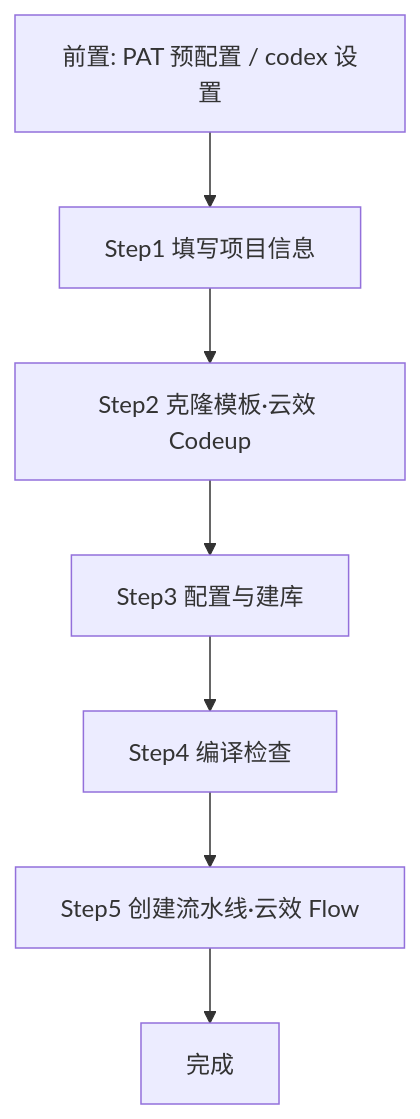
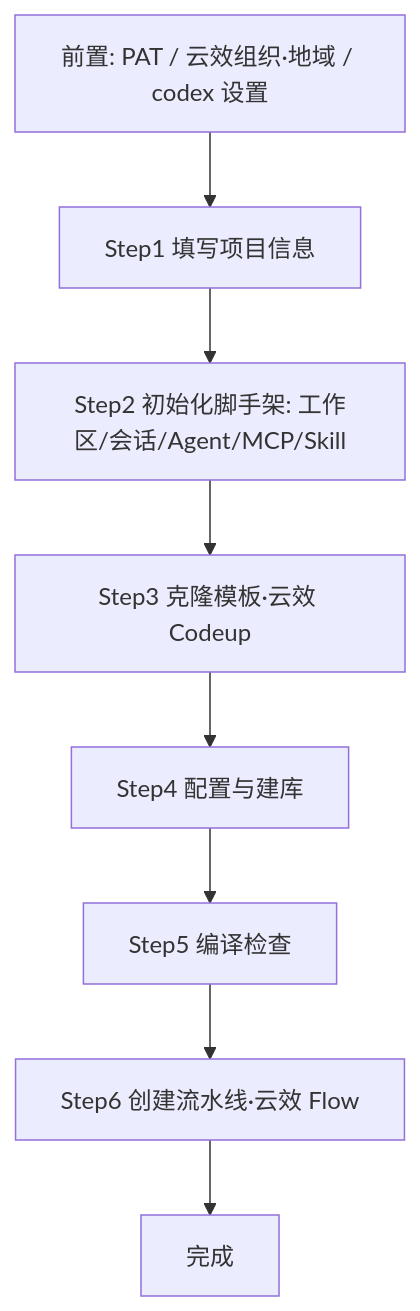
One commit to yswenli/luban-agent changed the fourth of 5 diagrams in docs/PRD-插件体系与新建项目插件.md. Above: the diagram before and after it, drawn with Mermaid. The commit also changed other lines of this file, not shown here.

First line of the commit message:
docs: PRD v0.7 新增初始化阶段（Step2 脚手架）并修订评审 P0/P1

````diff
--- a/docs/PRD-插件体系与新建项目插件.md
+++ b/docs/PRD-插件体系与新建项目插件.md
@@ -493,9 +521,10 @@
 ```mermaid
 flowchart TD
-    P[前置: PAT 预配置 / codex 设置] --> A[Step1 填写项目信息]
-    A --> B[Step2 克隆模板·云效 Codeup]
-    B --> C[Step3 配置与建库]
-    C --> D[Step4 编译检查]
-    D --> E[Step5 创建流水线·云效 Flow]
-    E --> F[完成]
+    P[前置: PAT / 云效组织·地域 / codex 设置] --> A[Step1 填写项目信息]
+    A --> B[Step2 初始化脚手架: 工作区/会话/Agent/MCP/Skill]
+    B --> C[Step3 克隆模板·云效 Codeup]
+    C --> D[Step4 配置与建库]
+    D --> E[Step5 编译检查]
+    E --> F[Step6 创建流水线·云效 Flow]
+    F --> G[完成]
 ```
````
